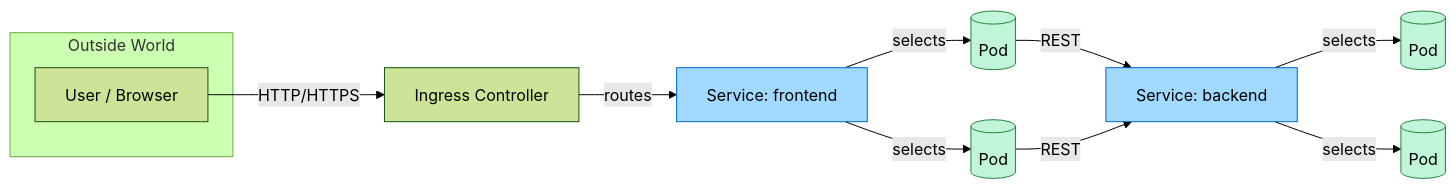
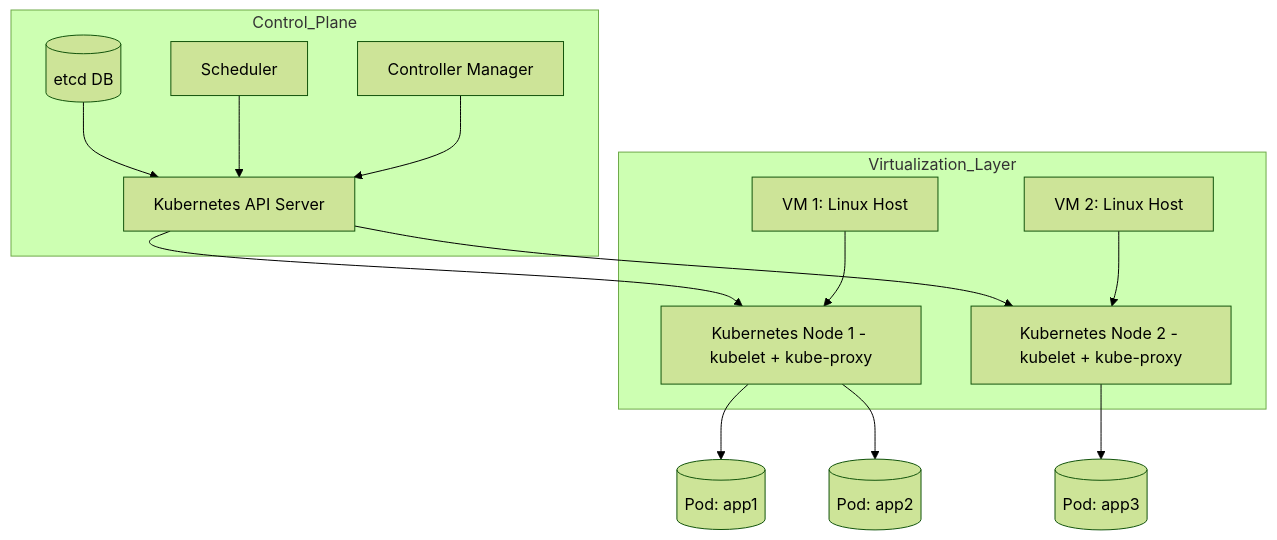
Before and after one commit to NewtonDevops/Advanced-Kubernetes---Nairobi-Devops-Cohort-1: the diagram in README.md, drawn with Mermaid (forest theme). The commit also changed other lines of this file, not shown here.

````diff
--- a/README.md
+++ b/README.md
@@ -25,21 +25,21 @@
 ```mermaid
-flowchart LR
-    subgraph Outside[Outside World]
-      User[User / Browser]
-    end
+flowchart TD
 
-    User -- HTTP/HTTPS --> Ingress[Ingress Controller]
-    Ingress -- routes --> svcFrontend[Service: frontend]
-    svcFrontend -- selects --> podFront1[(Pod)]
-    svcFrontend -- selects --> podFront2[(Pod)]
-    podFront1 -- REST --> svcBackend[Service: backend]
-    podFront2 -- REST --> svcBackend
-    svcBackend -- selects --> podBack1[(Pod)]
-    svcBackend -- selects --> podBack2[(Pod)]
+  subgraph Control_Plane
+    etcd[(etcd DB)] --> APIServer[Kubernetes API Server]
+    Scheduler[Scheduler] --> APIServer
+    Controller[Controller Manager] --> APIServer
+  end
 
-    classDef svc fill:#a2d9ff,stroke:#0366d6,stroke-width:1px,color:#000;
-    classDef pod fill:#c0f5d9,stroke:#22863a,stroke-width:1px,color:#000;
+  APIServer --> Node1[Kubernetes Node 1 - kubelet + kube-proxy]
+  APIServer --> Node2[Kubernetes Node 2 - kubelet + kube-proxy]
 
-    class svcFrontend,svcBackend svc;
-    class podFront1,podFront2,podBack1,podBack2 pod;
+  Node1 --> Pod1[(Pod: app1)]
+  Node1 --> Pod2[(Pod: app2)]
+  Node2 --> Pod3[(Pod: app3)]
+
+  subgraph Virtualization_Layer
+    VM1[VM 1: Linux Host] --> Node1
+    VM2[VM 2: Linux Host] --> Node2
+  end
 ```
````
